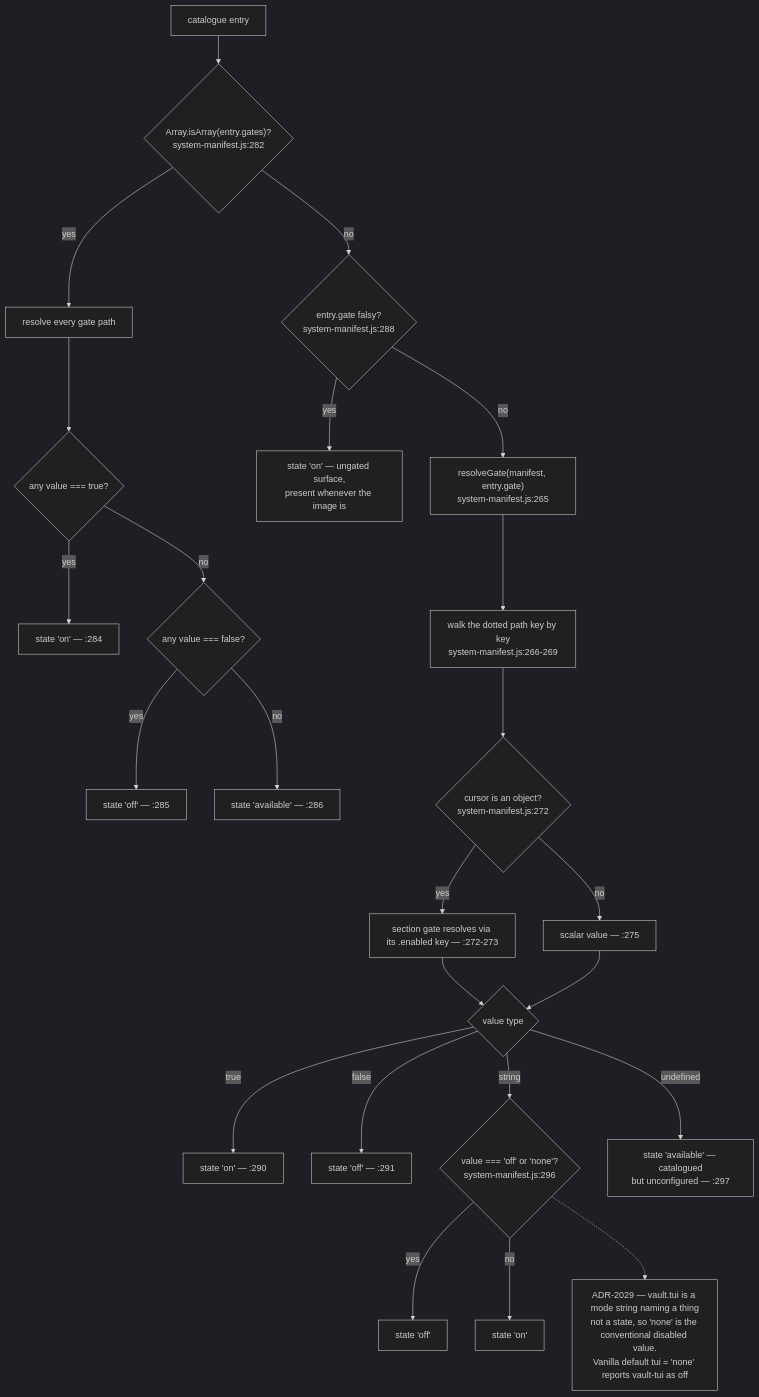
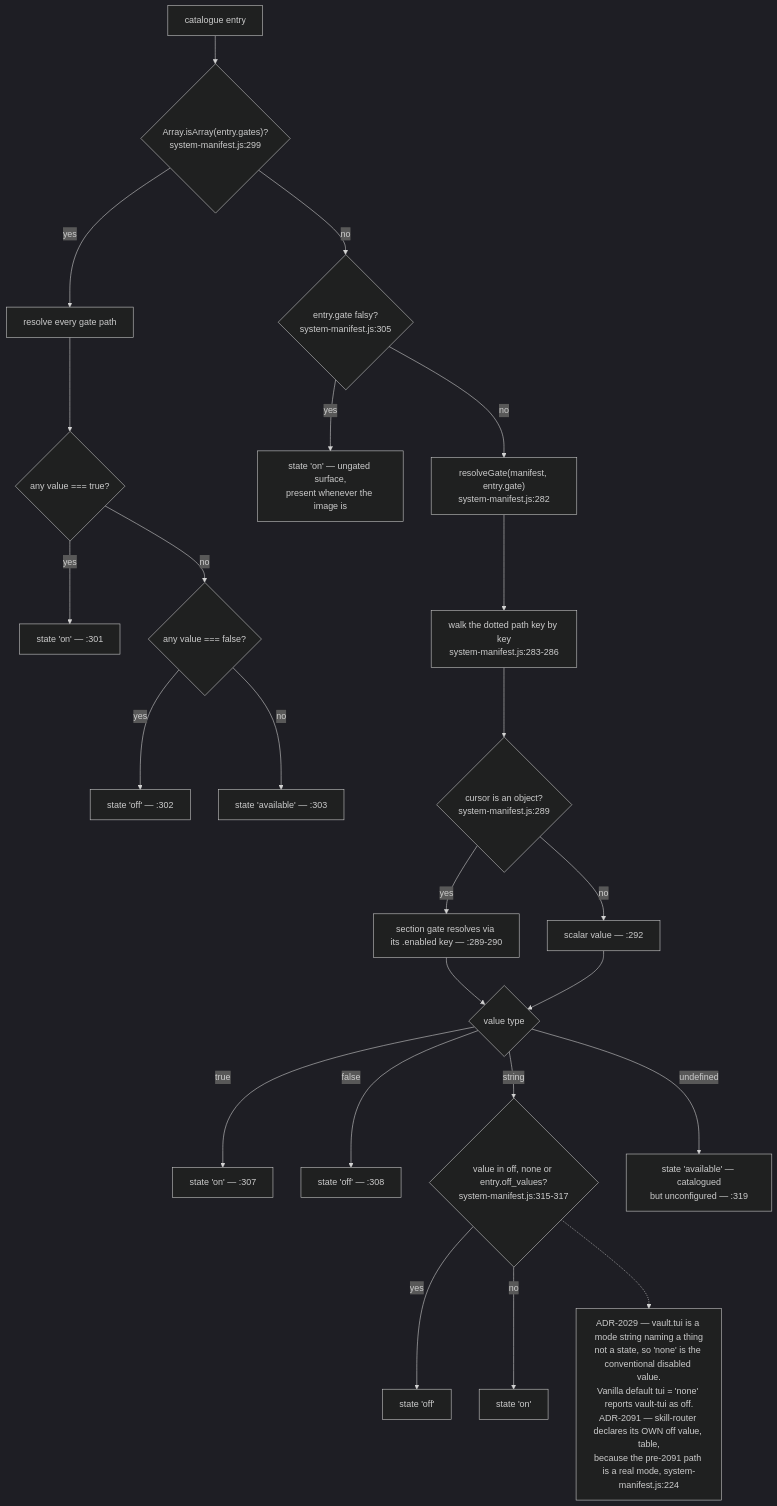
One commit to DreamLab-AI/VisionFlow changed the third of 13 diagrams in docs/diagrams/agentbox/05-manifest-gates-and-cli.md. Above: the diagram before and after it, drawn with Mermaid (dark theme). The commit also changed other lines of this file and 28 other files, not shown here.

````diff
--- a/docs/diagrams/agentbox/05-manifest-gates-and-cli.md
+++ b/docs/diagrams/agentbox/05-manifest-gates-and-cli.md
@@ -85,26 +86,26 @@
 ```mermaid
 flowchart TD
-    E["catalogue entry"] --> A{"Array.isArray(entry.gates)?<br/>system-manifest.js:282"}
+    E["catalogue entry"] --> A{"Array.isArray(entry.gates)?<br/>system-manifest.js:299"}
     A -->|yes| MG["resolve every gate path"]
     MG --> MG1{"any value === true?"}
-    MG1 -->|yes| ON1["state 'on' — :284"]
+    MG1 -->|yes| ON1["state 'on' — :301"]
     MG1 -->|no| MG2{"any value === false?"}
-    MG2 -->|yes| OFF1["state 'off' — :285"]
-    MG2 -->|no| AV1["state 'available' — :286"]
-    A -->|no| B{"entry.gate falsy?<br/>system-manifest.js:288"}
+    MG2 -->|yes| OFF1["state 'off' — :302"]
+    MG2 -->|no| AV1["state 'available' — :303"]
+    A -->|no| B{"entry.gate falsy?<br/>system-manifest.js:305"}
     B -->|yes| ON2["state 'on' — ungated surface,<br/>present whenever the image is"]
-    B -->|no| RG["resolveGate(manifest, entry.gate)<br/>system-manifest.js:265"]
-    RG --> W["walk the dotted path key by key<br/>system-manifest.js:266-269"]
-    W --> SEC{"cursor is an object?<br/>system-manifest.js:272"}
-    SEC -->|yes| SECE["section gate resolves via its .enabled key — :272-273"]
-    SEC -->|no| VAL["scalar value — :275"]
+    B -->|no| RG["resolveGate(manifest, entry.gate)<br/>system-manifest.js:282"]
+    RG --> W["walk the dotted path key by key<br/>system-manifest.js:283-286"]
+    W --> SEC{"cursor is an object?<br/>system-manifest.js:289"}
+    SEC -->|yes| SECE["section gate resolves via its .enabled key — :289-290"]
+    SEC -->|no| VAL["scalar value — :292"]
     SECE --> D
     VAL --> D{"value type"}
-    D -->|"true"| ON3["state 'on' — :290"]
-    D -->|"false"| OFF2["state 'off' — :291"]
-    D -->|"string"| MODE{"value === 'off' or 'none'?<br/>system-manifest.js:296"}
-    D -->|"undefined"| AV2["state 'available' — catalogued<br/>but unconfigured — :297"]
+    D -->|"true"| ON3["state 'on' — :307"]
+    D -->|"false"| OFF2["state 'off' — :308"]
+    D -->|"string"| MODE{"value in off, none or entry.off_values?<br/>system-manifest.js:315-317"}
+    D -->|"undefined"| AV2["state 'available' — catalogued<br/>but unconfigured — :319"]
     MODE -->|yes| OFF3["state 'off'"]
     MODE -->|no| ON4["state 'on'"]
-    MODE -.-> VT["ADR-2029 — vault.tui is a mode string naming a thing<br/>not a state, so 'none' is the conventional disabled value.<br/>Vanilla default tui = 'none' reports vault-tui as off"]
+    MODE -.-> VT["ADR-2029 — vault.tui is a mode string naming a thing<br/>not a state, so 'none' is the conventional disabled value.<br/>Vanilla default tui = 'none' reports vault-tui as off.<br/>ADR-2091 — skill-router declares its OWN off value, table,<br/>because the pre-2091 path is a real mode, system-manifest.js:224"]
 ```
````
